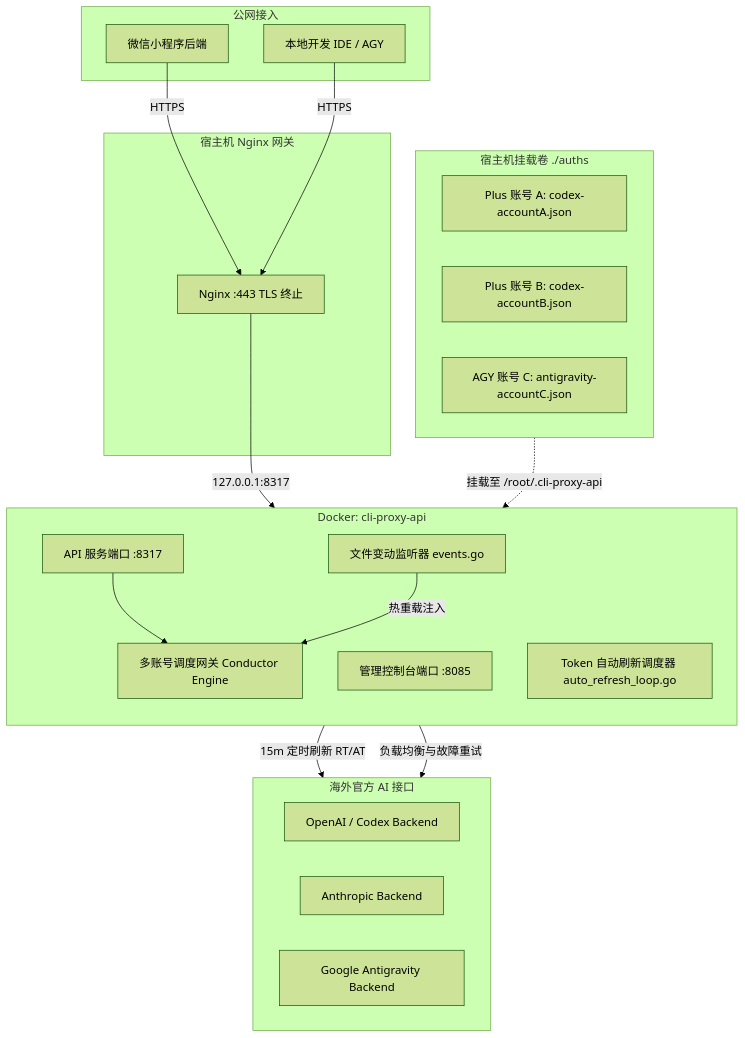
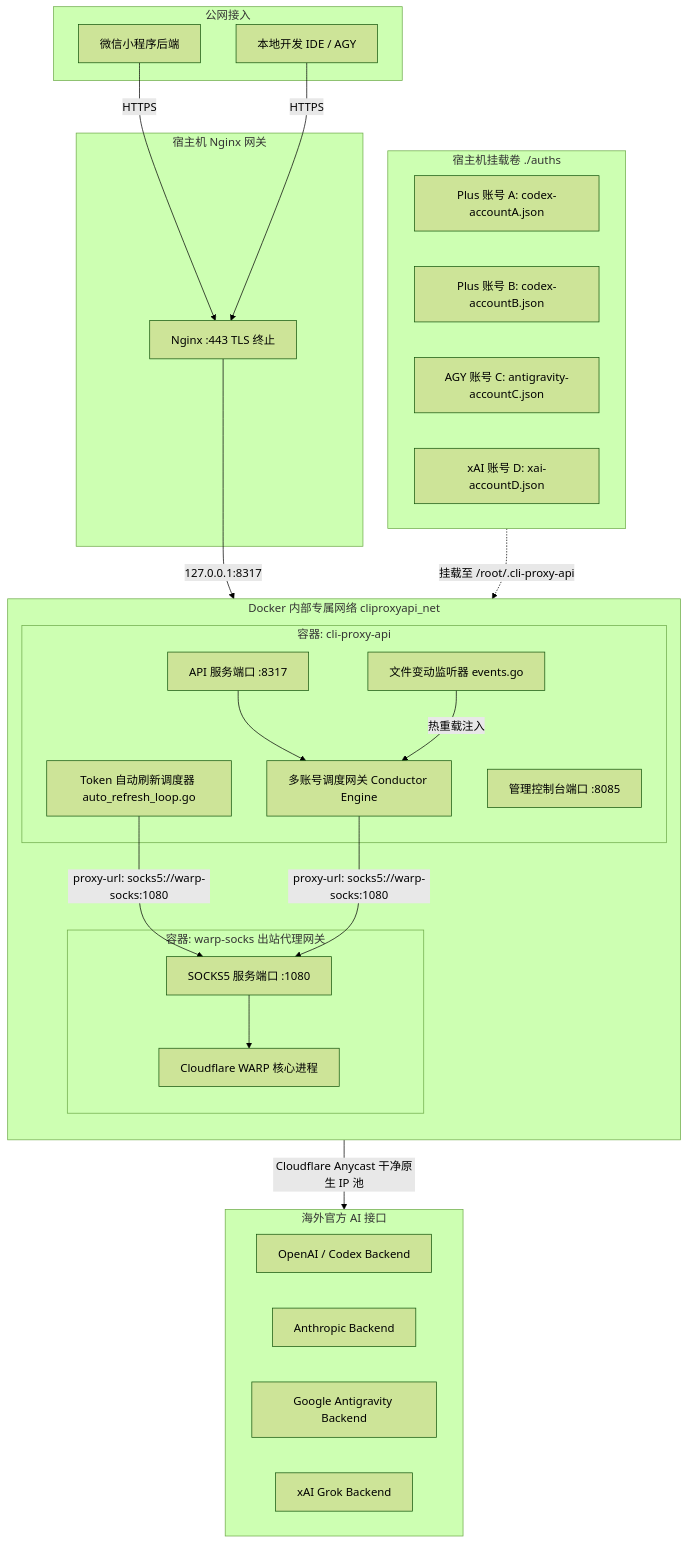
The diagram in docs/source/courses/ai_reverse_proxy_and_account_pool/stage6_cliproxyapi_deployment_and_scheduling/01_cliproxyapi_architecture_and_compose.md (ponyletter/py310sphinx_knowledge), drawn with Mermaid (forest theme) before and after one commit. The commit also changed other lines of this file and 6 other files, not shown here.

Commit message:
docs: enrich ai reverse proxy course with WARP SOCKS5, zero-width space anti-429, xAI headers, and BOC HK Stripe analysis

````diff
--- a/docs/source/courses/ai_reverse_proxy_and_account_pool/stage6_cliproxyapi_deployment_and_scheduling/01_cliproxyapi_architecture_and_compose.md
+++ b/docs/source/courses/ai_reverse_proxy_and_account_pool/stage6_cliproxyapi_deployment_and_scheduling/01_cliproxyapi_architecture_and_compose.md
@@ -13,41 +13,53 @@
 ```{mermaid}
 graph TD
     subgraph Internet [公网接入]
         Client1[微信小程序后端]
         Client2[本地开发 IDE / AGY]
     end
 
     subgraph HostGateway [宿主机 Nginx 网关]
         Nginx[Nginx :443 TLS 终止]
     end
 
-    subgraph DockerContainer [Docker: cli-proxy-api]
+    subgraph DockerBridgeNet [Docker 内部专属网络 cliproxyapi_net]
         direction TB
-        Port8317[API 服务端口 :8317]
-        Port8085[管理控制台端口 :8085]
-        Scheduler[多账号调度网关 Conductor Engine]
-        Watcher[文件变动监听器 events.go]
-        Refresher[Token 自动刷新调度器 auto_refresh_loop.go]
+        subgraph CPAContainer [容器: cli-proxy-api]
+            Port8317[API 服务端口 :8317]
+            Port8085[管理控制台端口 :8085]
+            Scheduler[多账号调度网关 Conductor Engine]
+            Watcher[文件变动监听器 events.go]
+            Refresher[Token 自动刷新调度器 auto_refresh_loop.go]
+        end
+
+        subgraph WarpContainer [容器: warp-socks 出站代理网关]
+            WarpDaemon[Cloudflare WARP 核心进程]
+            SocksPort[SOCKS5 服务端口 :1080]
+        end
     end
 
     subgraph DiskVolume [宿主机挂载卷 ./auths]
         Auth1[Plus 账号 A: codex-accountA.json]
         Auth2[Plus 账号 B: codex-accountB.json]
         Auth3[AGY 账号 C: antigravity-accountC.json]
+        Auth4[xAI 账号 D: xai-accountD.json]
     end
 
     subgraph UpstreamAI [海外官方 AI 接口]
         OAI[OpenAI / Codex Backend]
         Anth[Anthropic Backend]
         AGYBack[Google Antigravity Backend]
+        XAIBack[xAI Grok Backend]
     end
 
     Client1 -->|HTTPS| Nginx
     Client2 -->|HTTPS| Nginx
     Nginx -->|127.0.0.1:8317| Port8317
     Port8317 --> Scheduler
     DiskVolume -.->|挂载至 /root/.cli-proxy-api| Watcher
     Watcher -->|热重载注入| Scheduler
-    Refresher -->|15m 定时刷新 RT/AT| UpstreamAI
-    Scheduler -->|负载均衡与故障重试| UpstreamAI
+    
+    Refresher -->|proxy-url: socks5://warp-socks:1080| SocksPort
+    Scheduler -->|proxy-url: socks5://warp-socks:1080| SocksPort
+    SocksPort --> WarpDaemon
+    WarpDaemon -->|Cloudflare Anycast 干净原生 IP 池| UpstreamAI
 ```
````
